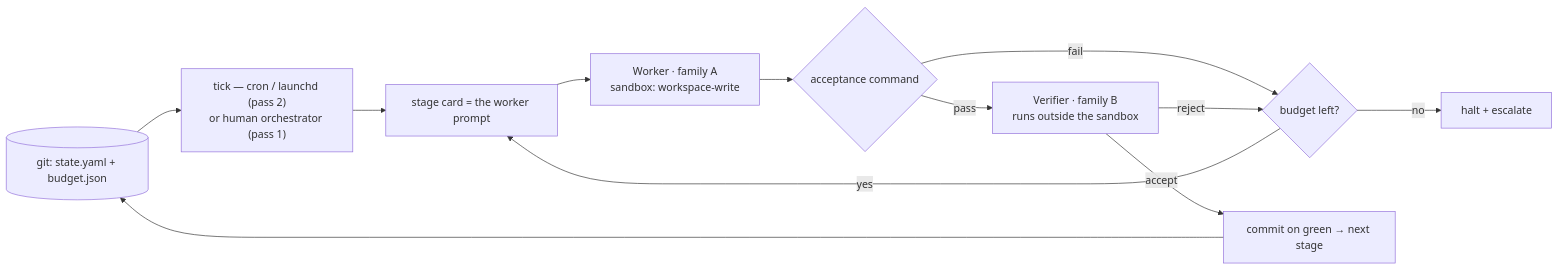
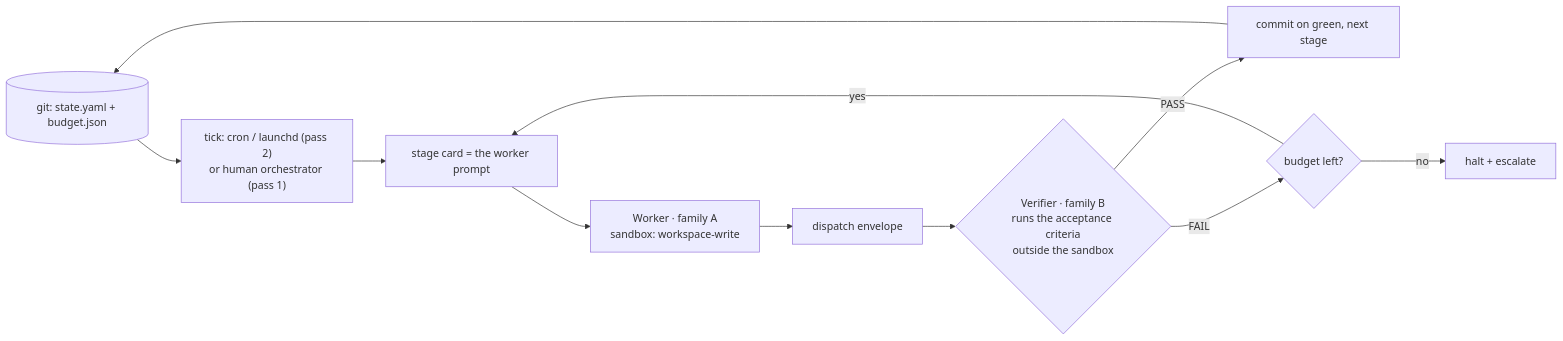
The diagram in README.md (aw-pr/autometta-public), drawn with Mermaid before and after one commit. The commit also changed other lines of this file and 4 other files, not shown here.

````diff
--- a/README.md
+++ b/README.md
@@ -17,15 +27,14 @@
 ```mermaid
 flowchart LR
   S[("git: state.yaml + budget.json")]
-  S --> T["tick — cron / launchd (pass 2)<br/>or human orchestrator (pass 1)"]
+  S --> T["tick: cron / launchd (pass 2)<br/>or human orchestrator (pass 1)"]
   T --> C["stage card = the worker prompt"]
   C --> W["Worker · family A<br/>sandbox: workspace-write"]
-  W --> AC{"acceptance command"}
-  AC -- pass --> V["Verifier · family B<br/>runs outside the sandbox"]
-  AC -- fail --> BUD{"budget left?"}
-  V -- reject --> BUD
-  V -- accept --> G["commit on green → next stage"]
+  W --> E["dispatch envelope"]
+  E --> V{"Verifier · family B<br/>runs the acceptance criteria<br/>outside the sandbox"}
+  V -- PASS --> G["commit on green, next stage"]
+  V -- FAIL --> BUD{"budget left?"}
   G --> S
   BUD -- yes --> C
   BUD -- no --> H["halt + escalate"]
 ```
````
